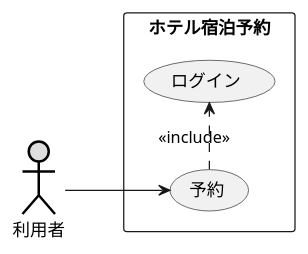
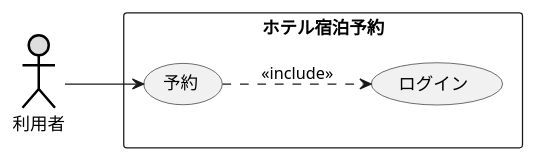
The diagram in 演習2-3_ホテル宿泊予約.pu (HIKAKINsan/uml-introduction), drawn with PlantUML before and after one commit.

Commit message:
更新

```diff
--- a/演習2-3_ホテル宿泊予約.pu
+++ b/演習2-3_ホテル宿泊予約.pu
@@ -1,11 +1,11 @@
 @startuml ユースケース図
 actor 利用者 #DDDDDD;line:black;line.bold;
 rectangle ホテル宿泊予約 {
 usecase 予約
 usecase ログイン
 }
 利用者 --> 予約 
 left to right direction
-予約 .> ログイン : <<include>>
+予約 ..> ログイン : <<include>>
 
 @enduml
```
